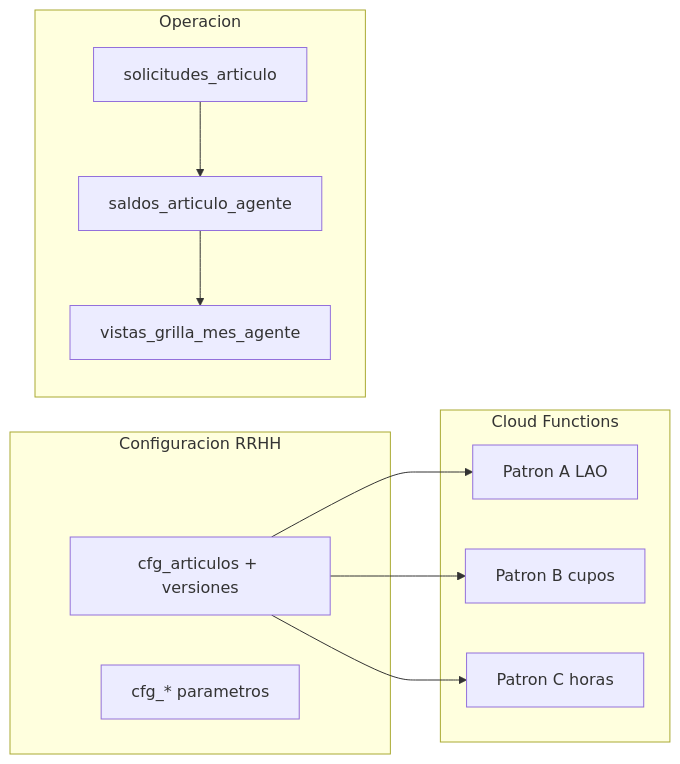
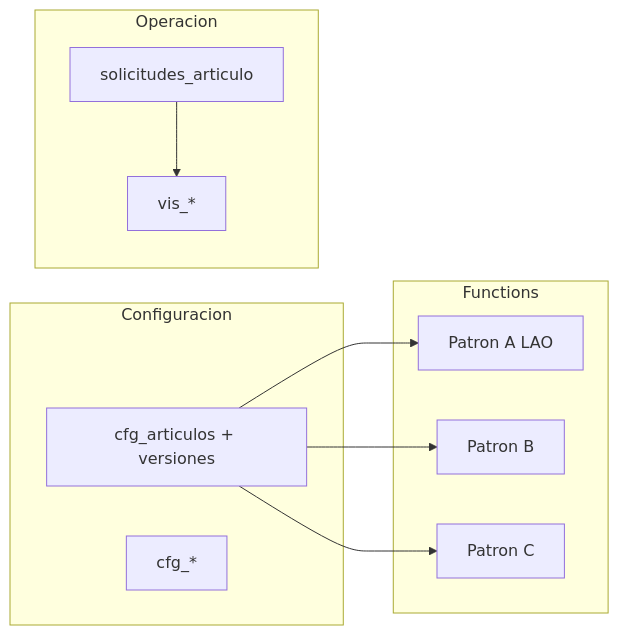
The first of 3 diagrams in docs/v2/PLAN_LINEAMIENTOS_DECRETO_1919_MOTOR_SOLICITUDES_V2.md (jorgemosto1981/portal-hospital-v2), drawn with Mermaid before and after one commit. The commit also changed other lines of this file and 12 other files, not shown here.

````diff
--- a/docs/v2/PLAN_LINEAMIENTOS_DECRETO_1919_MOTOR_SOLICITUDES_V2.md
+++ b/docs/v2/PLAN_LINEAMIENTOS_DECRETO_1919_MOTOR_SOLICITUDES_V2.md
@@ -32,22 +112,20 @@
 ```mermaid
 flowchart LR
-  subgraph config [Configuracion RRHH]
+  subgraph config [Configuracion]
     Art[cfg_articulos + versiones]
-    Cat[cfg_* parametros]
+    Cat[cfg_*]
   end
-  subgraph motor [Cloud Functions]
+  subgraph motor [Functions]
     A[Patron A LAO]
-    B[Patron B cupos]
-    C[Patron C horas]
+    B[Patron B]
+    C[Patron C]
   end
   subgraph op [Operacion]
     Sol[solicitudes_articulo]
-    Sal[saldos_articulo_agente]
-    Vis[vistas_grilla_mes_agente]
+    Vis[vis_*]
   end
   Art --> A
   Art --> B
   Art --> C
-  Sol --> Sal
-  Sal --> Vis
+  Sol --> Vis
 ```
````
